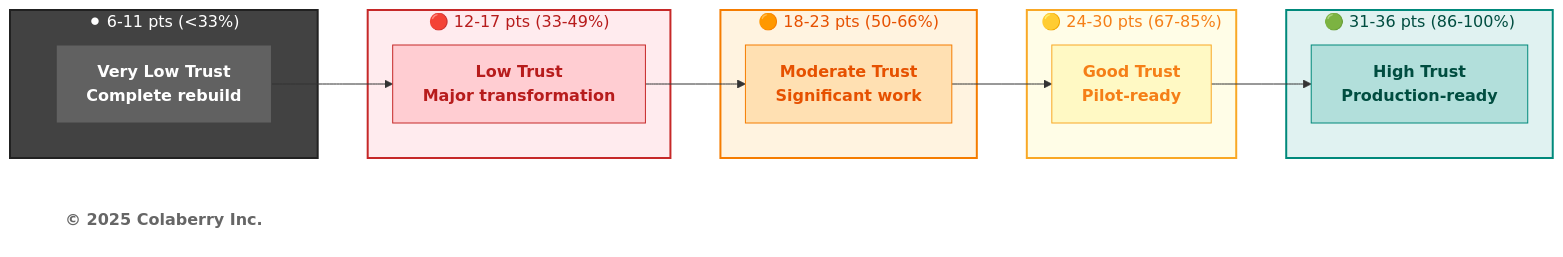
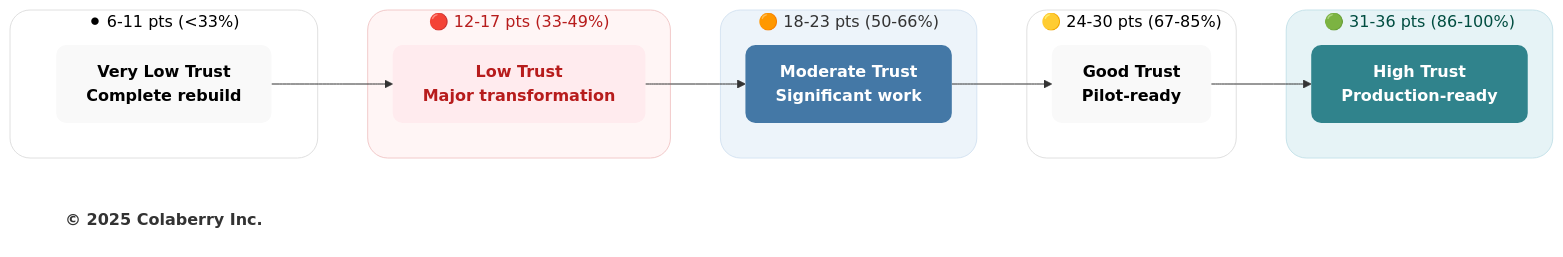
One commit to saitejesh-cyber/trust-before-intelligence-book changed the diagram in mermaid-source/figure-9-3.mmd. Above: the diagram before and after it, drawn with Mermaid. The commit also changed 219 other files, not shown here.

Commit message:
Reapply PR #5 palette and regenerate smooth-edge figure PNGs

```diff
--- a/mermaid-source/figure-9-3.mmd
+++ b/mermaid-source/figure-9-3.mmd
@@ -1,36 +1,36 @@
 graph LR
     subgraph VERYLOW["⚫ 6-11 pts (<33%)"]
         VL["<b>Very Low Trust</b><br/><b>Complete rebuild</b>"]
     end
     
     subgraph LOW["🔴 12-17 pts (33-49%)"]
         L["<b>Low Trust</b><br/><b>Major transformation</b>"]
     end
     
     subgraph MOD["🟠 18-23 pts (50-66%)"]
         M["<b>Moderate Trust</b><br/><b>Significant work</b>"]
     end
     
     subgraph GOOD["🟡 24-30 pts (67-85%)"]
         G["<b>Good Trust</b><br/><b>Pilot-ready</b>"]
     end
     
     subgraph HIGH["🟢 31-36 pts (86-100%)"]
         H["<b>High Trust</b><br/><b>Production-ready</b>"]
     end
     
     VL --> L --> M --> G --> H
     
     Copyright["<b>© 2025 Colaberry Inc.</b>"]
     
-    style VERYLOW fill:#424242,stroke:#212121,stroke-width:2px,color:#ffffff
-    style LOW fill:#ffebee,stroke:#c62828,stroke-width:2px,color:#b71c1c
-    style MOD fill:#fff3e0,stroke:#f57c00,stroke-width:2px,color:#e65100
-    style GOOD fill:#fffde7,stroke:#f9a825,stroke-width:2px,color:#f57f17
-    style HIGH fill:#e0f2f1,stroke:#00897b,stroke-width:2px,color:#004d40
-    style VL fill:#616161,stroke:#424242,color:#ffffff
-    style L fill:#ffcdd2,stroke:#c62828,color:#b71c1c
-    style M fill:#ffe0b2,stroke:#f57c00,color:#e65100
-    style G fill:#fff9c4,stroke:#f9a825,color:#f57f17
-    style H fill:#b2dfdb,stroke:#00897b,color:#004d40
-    style Copyright fill:#ffffff,stroke:none,color:#666666
+    style VERYLOW fill:#ffffff,stroke:#e0e0e0,stroke-width:1px,color:#000000,rx:20,ry:20
+    style LOW fill:#fff5f5,stroke:#f2caca,stroke-width:1px,color:#b71c1c,rx:20,ry:20
+    style MOD fill:#edf4fa,stroke:#d6e4f2,stroke-width:1px,color:#333333,rx:20,ry:20
+    style GOOD fill:#ffffff,stroke:#e0e0e0,stroke-width:1px,color:#000000,rx:20,ry:20
+    style HIGH fill:#e6f3f6,stroke:#c7e3ea,stroke-width:1px,color:#004d40,rx:20,ry:20
+    style VL fill:#f9f9f9,stroke:none,color:#000000,rx:10,ry:10
+    style L fill:#ffebee,stroke:none,color:#b71c1c,rx:10,ry:10
+    style M fill:#4478A6,stroke:none,color:#ffffff,rx:10,ry:10
+    style G fill:#f9f9f9,stroke:none,color:#000000,rx:10,ry:10
+    style H fill:#30838C,stroke:none,color:#ffffff,rx:10,ry:10
+    style Copyright fill:none,stroke:none,color:#333333
```
